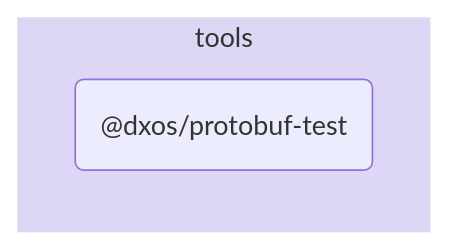
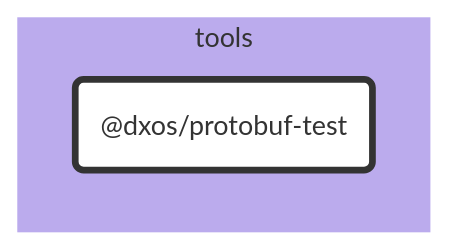
The diagram in tools/protobuf-test/docs/README.md (dxos/dxos), drawn with Mermaid before and after one commit. The commit also changed other lines of this file and 89 other files, not shown here.

````diff
--- a/tools/protobuf-test/docs/README.md
+++ b/tools/protobuf-test/docs/README.md
@@ -5,9 +7,25 @@
 ```mermaid
-flowchart LR;
+%%{ init: {'flowchart':{'curve':'basis'}} }%%
 
+flowchart LR
+
+%% Links
+
+%% Sections
 subgraph tools
-  style tools fill:#ded6f5,stroke:#fff;
-  dxos/protobuf-test("@dxos/protobuf-test");
+  style tools fill:#bbabed,stroke:#fff;
+
+  dxos/protobuf-test("@dxos/protobuf-test")
 end
 
+
+%% Hyperlinks
+
+%% Styles
+classDef rootNode fill:#fff,stroke:#333,stroke-width:4px
+classDef defaultNode fill:#fff,stroke:#333,stroke-width:1px
+linkStyle default stroke:#333,stroke-width:1px
+
+dxos/protobuf-test:::rootNode
+
 ```
````
